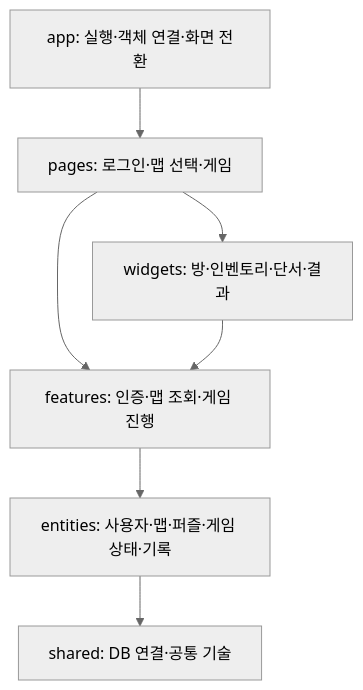
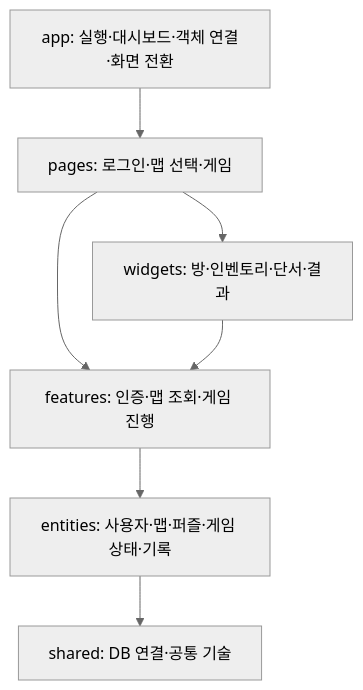
One commit to hhannn001/JavaOOP_repository changed the first of 6 diagrams in Document/클래스설계_및_7인_역할분담.md. Above: the diagram before and after it, drawn with Mermaid (neutral theme). The commit also changed other lines of this file and 14 other files, not shown here.

````diff
--- a/Document/클래스설계_및_7인_역할분담.md
+++ b/Document/클래스설계_및_7인_역할분담.md
@@ -19,9 +19,9 @@
 ```mermaid
 flowchart TB
-    APP[app: 실행·객체 연결·화면 전환] --> PAGES[pages: 로그인·맵 선택·게임]
+    APP[app: 실행·대시보드·객체 연결·화면 전환] --> PAGES[pages: 로그인·맵 선택·게임]
     PAGES --> WIDGETS[widgets: 방·인벤토리·단서·결과]
     PAGES --> FEATURES[features: 인증·맵 조회·게임 진행]
     WIDGETS --> FEATURES
     FEATURES --> ENTITIES[entities: 사용자·맵·퍼즐·게임 상태·기록]
     ENTITIES --> SHARED[shared: DB 연결·공통 기술]
 ```
````
